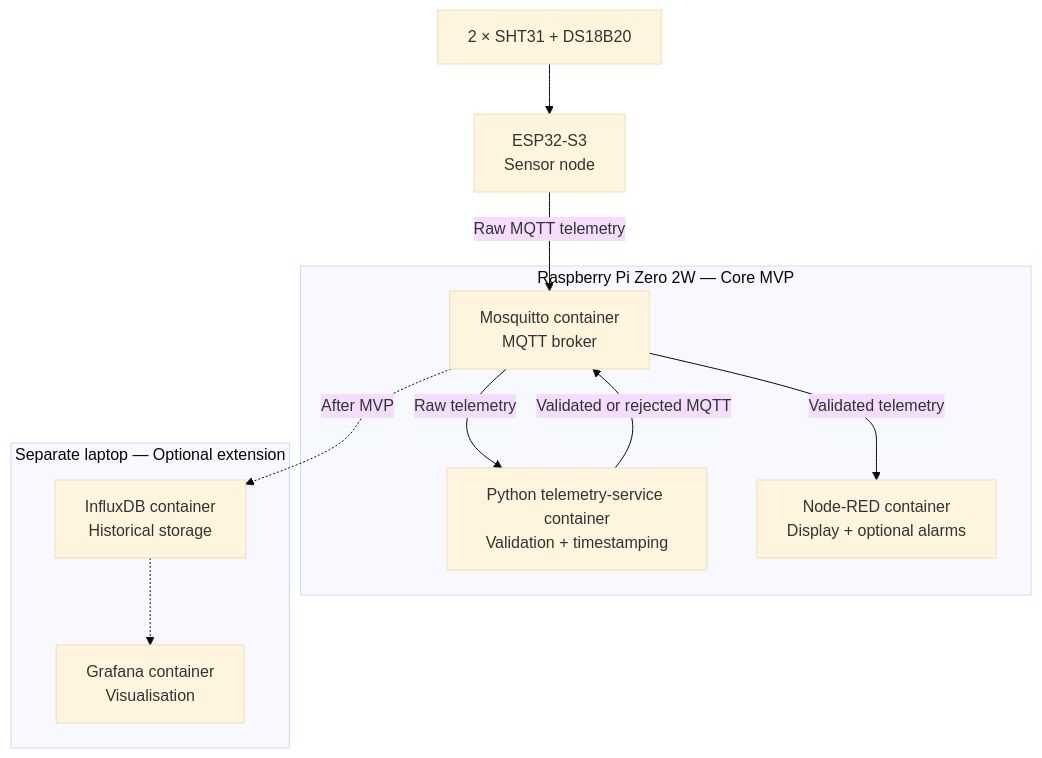
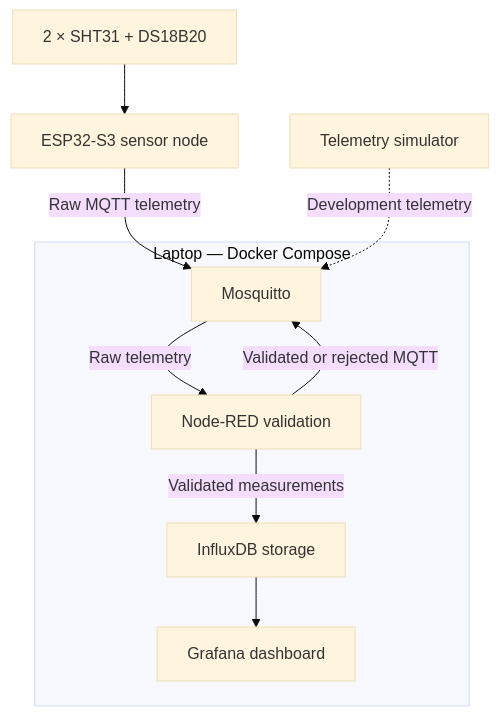
One commit to BasitMN/leaflimits-ai changed the diagram in docs/architecture.md. Above: the diagram before and after it, drawn with Mermaid (base theme). The commit also changed other lines of this file and 1 other file, not shown here.

Commit message:
docs: align architecture and data contract

````diff
--- a/docs/architecture.md
+++ b/docs/architecture.md
@@ -36,24 +34,21 @@
 ```mermaid
 flowchart TD
     Sensors["2 × SHT31 + DS18B20"]
-    ESP["ESP32-S3<br/>Sensor node"]
+    ESP["ESP32-S3 sensor node"]
+    Simulator["Telemetry simulator"]
 
-    subgraph Pi["Raspberry Pi Zero 2W — Core MVP"]
-        MQTT["Mosquitto container<br/>MQTT broker"]
-        Python["Python telemetry-service container<br/>Validation + timestamping"]
-        NodeRED["Node-RED container<br/>Display + optional alarms"]
-    end
-
-    subgraph Laptop["Separate laptop — Optional extension"]
-        InfluxDB["InfluxDB container<br/>Historical storage"]
-        Grafana["Grafana container<br/>Visualisation"]
+    subgraph Laptop["Laptop — Docker Compose"]
+        MQTT["Mosquitto"]
+        NodeRED["Node-RED validation"]
+        InfluxDB["InfluxDB storage"]
+        Grafana["Grafana dashboard"]
     end
 
     Sensors --> ESP
     ESP -->|"Raw MQTT telemetry"| MQTT
-    MQTT -->|"Raw telemetry"| Python
-    Python -->|"Validated or rejected MQTT"| MQTT
-    MQTT -->|"Validated telemetry"| NodeRED
-    MQTT -.->|"After MVP"| InfluxDB
-    InfluxDB -.-> Grafana
+    Simulator -.->|"Development telemetry"| MQTT
+    MQTT -->|"Raw telemetry"| NodeRED
+    NodeRED -->|"Validated or rejected MQTT"| MQTT
+    NodeRED -->|"Validated measurements"| InfluxDB
+    InfluxDB --> Grafana
 ```
````
